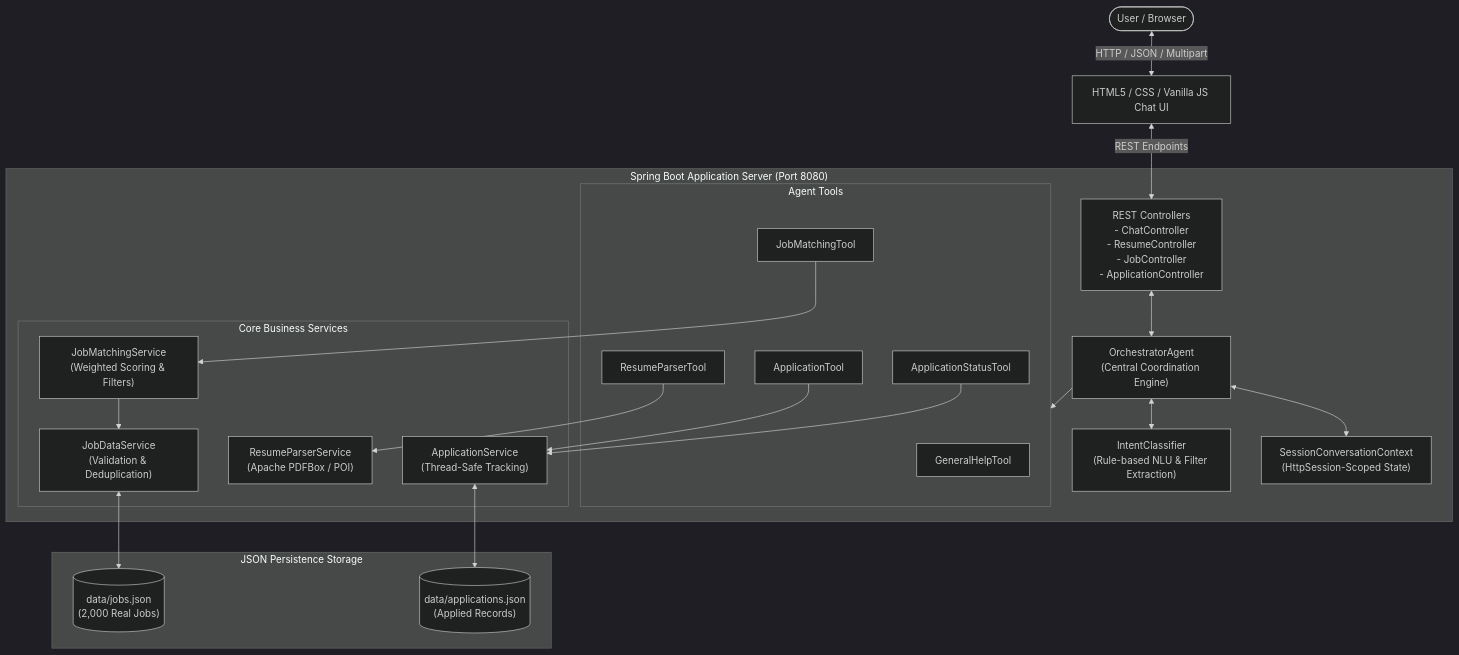
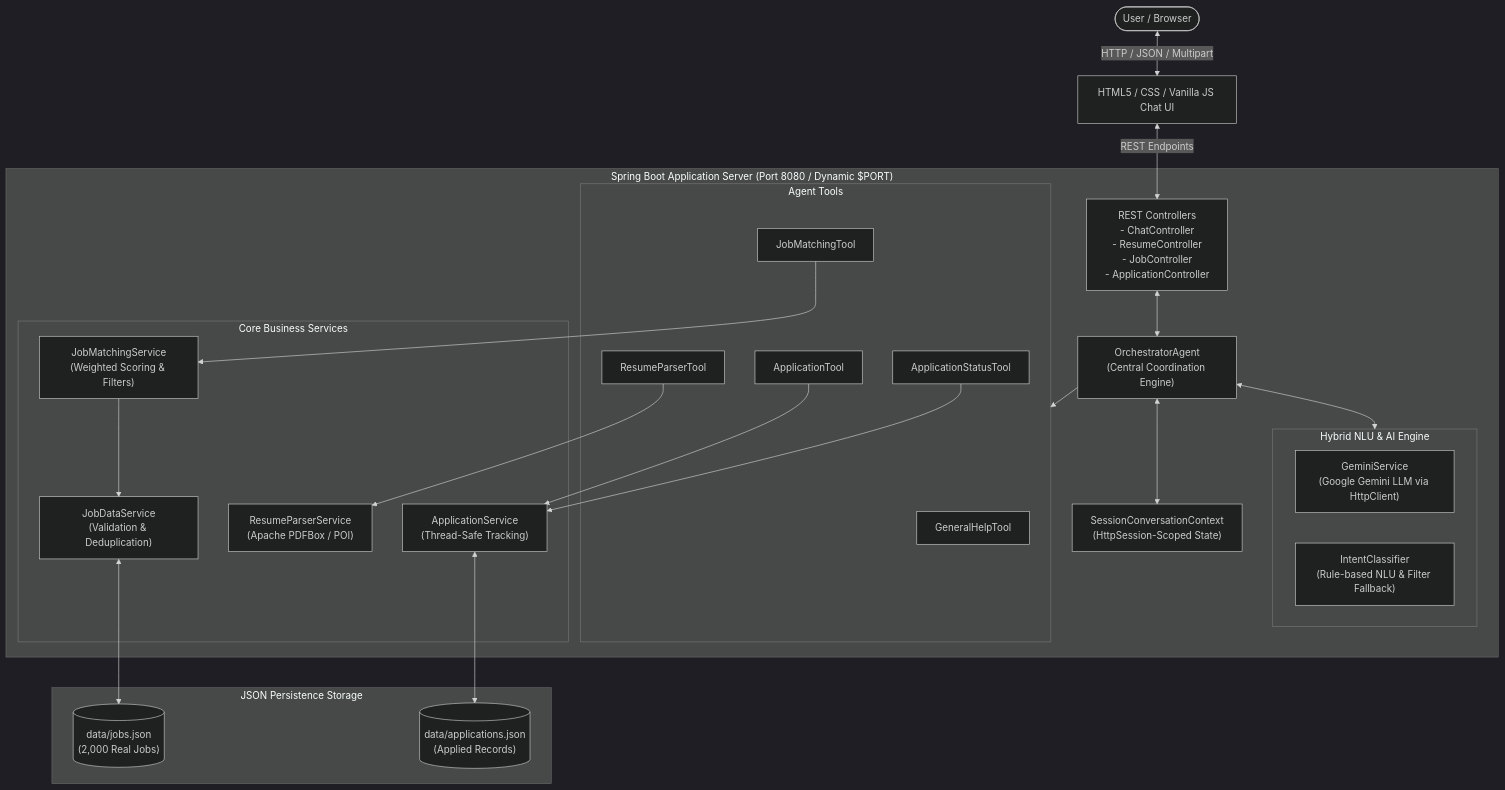
The diagram in README.md (ast-haaa/AI-job-chat-assistant), drawn with Mermaid (dark theme) before and after one commit. The commit also changed other lines of this file and 20 other files, not shown here.

````diff
--- a/README.md
+++ b/README.md
@@ -103,47 +105,52 @@
 ```mermaid
 flowchart TD
     User([User / Browser])
     Frontend["HTML5 / CSS / Vanilla JS Chat UI"]
     
-    subgraph SpringBoot ["Spring Boot Application Server (Port 8080)"]
+    subgraph SpringBoot ["Spring Boot Application Server (Port 8080 / Dynamic $PORT)"]
         Controllers["REST Controllers\n- ChatController\n- ResumeController\n- JobController\n- ApplicationController"]
         Orchestrator["OrchestratorAgent\n(Central Coordination Engine)"]
-        NLU["IntentClassifier\n(Rule-based NLU & Filter Extraction)"]
+        
+        subgraph NLU_Layer ["Hybrid NLU & AI Engine"]
+            Gemini["GeminiService\n(Google Gemini LLM via HttpClient)"]
+            Rules["IntentClassifier\n(Rule-based NLU & Filter Fallback)"]
+        end
+
         Context["SessionConversationContext\n(HttpSession-Scoped State)"]
         
         subgraph Tools ["Agent Tools"]
             HelpTool["GeneralHelpTool"]
             ResumeTool["ResumeParserTool"]
             MatchTool["JobMatchingTool"]
             AppTool["ApplicationTool"]
             StatusTool["ApplicationStatusTool"]
         end
         
         subgraph Services ["Core Business Services"]
             ResumeSvc["ResumeParserService\n(Apache PDFBox / POI)"]
             MatchingSvc["JobMatchingService\n(Weighted Scoring & Filters)"]
             JobDataSvc["JobDataService\n(Validation & Deduplication)"]
             AppSvc["ApplicationService\n(Thread-Safe Tracking)"]
         end
     end
     
     subgraph Storage ["JSON Persistence Storage"]
         JobsFile[("data/jobs.json\n(2,000 Real Jobs)")]
         AppsFile[("data/applications.json\n(Applied Records)")]
     end
     
     User <-->|HTTP / JSON / Multipart| Frontend
     Frontend <-->|REST Endpoints| Controllers
     Controllers <--> Orchestrator
-    Orchestrator <--> NLU
+    Orchestrator <--> NLU_Layer
     Orchestrator <--> Context
     Orchestrator --> Tools
     
     ResumeTool --> ResumeSvc
     MatchTool --> MatchingSvc
     MatchingSvc --> JobDataSvc
     JobDataSvc <--> JobsFile
     AppTool --> AppSvc
     StatusTool --> AppSvc
     AppSvc <--> AppsFile
 ```
````
